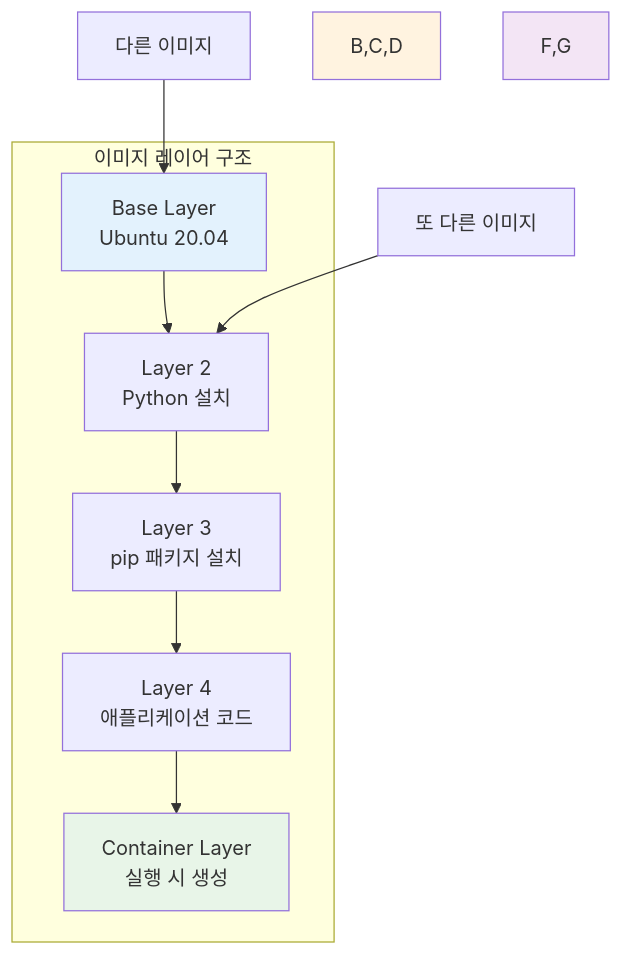
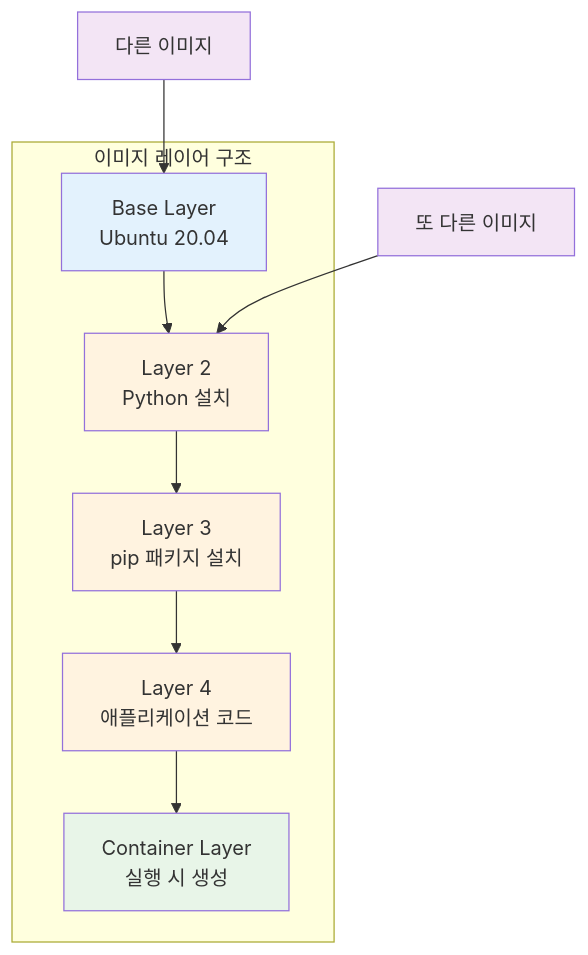
Before and after one commit to niceguy61/kdt_devops_lecture_2025: the second of 7 diagrams in theory/week_01/day3/session_1.md, drawn with Mermaid. The commit also changed other lines of this file and 8 other files, not shown here.

````diff
--- a/theory/week_01/day3/session_1.md
+++ b/theory/week_01/day3/session_1.md
@@ -48,17 +68,20 @@
 ```mermaid
 graph TB
     subgraph "이미지 레이어 구조"
         A[Base Layer<br/>Ubuntu 20.04] --> B[Layer 2<br/>Python 설치]
         B --> C[Layer 3<br/>pip 패키지 설치]
         C --> D[Layer 4<br/>애플리케이션 코드]
         D --> E[Container Layer<br/>실행 시 생성]
     end
     
     F[다른 이미지] --> A
     G[또 다른 이미지] --> B
     
     style A fill:#e3f2fd
-    style B,C,D fill:#fff3e0
+    style B fill:#fff3e0
+    style C fill:#fff3e0
+    style D fill:#fff3e0
     style E fill:#e8f5e8
-    style F,G fill:#f3e5f5
+    style F fill:#f3e5f5
+    style G fill:#f3e5f5
 ```
````
